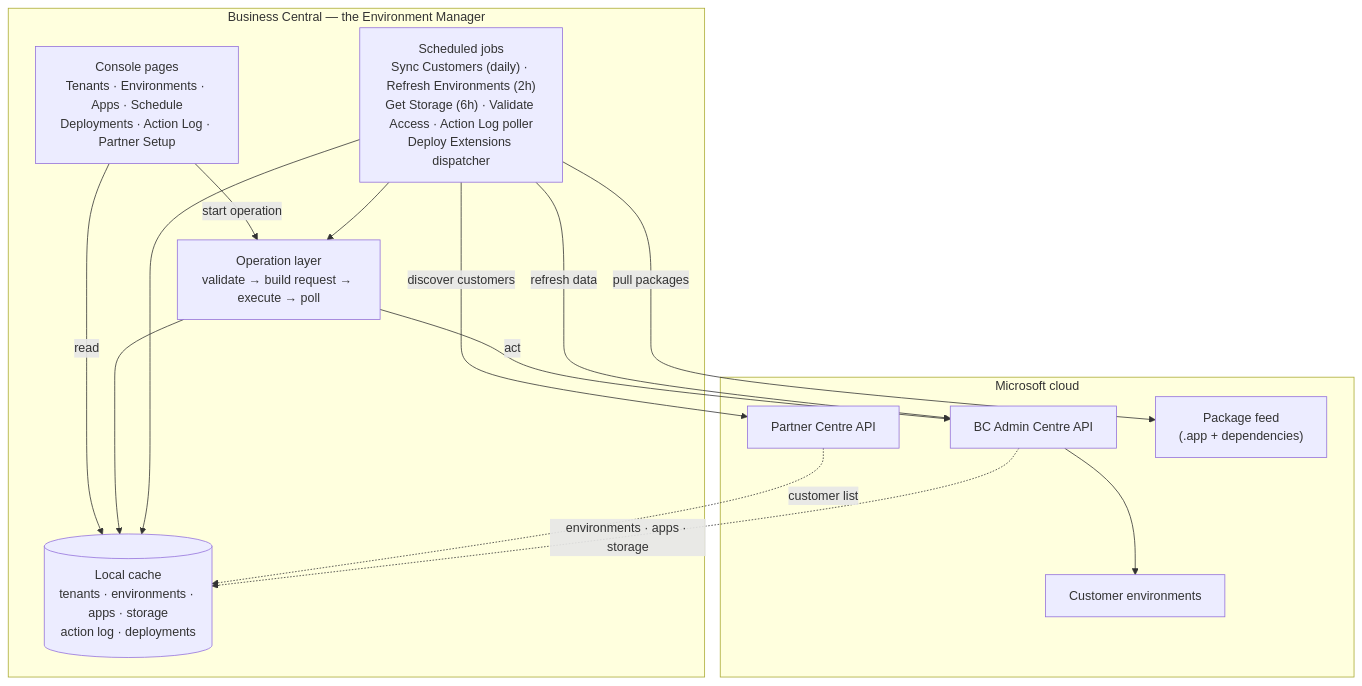
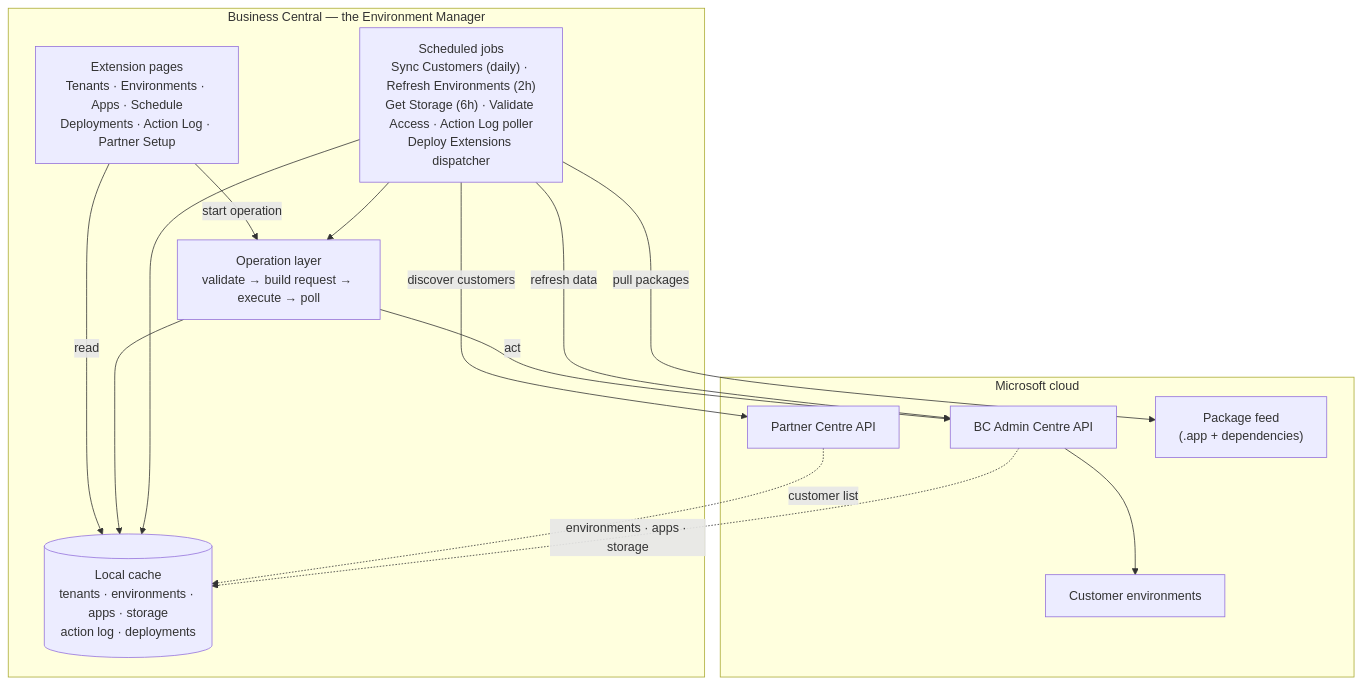
The first of 2 diagrams in _posts/2026-09-02-managing-business-central-environments-at-scale.md (LewisHyett/lewishyett.github.io), drawn with Mermaid before and after one commit. The commit also changed other lines of this file, not shown here.

````diff
--- a/_posts/2026-09-02-managing-business-central-environments-at-scale.md
+++ b/_posts/2026-09-02-managing-business-central-environments-at-scale.md
@@ -62,29 +138,29 @@
 ```mermaid
 flowchart TB
     subgraph BC["Business Central — the Environment Manager"]
-        UI["Console pages<br/>Tenants · Environments · Apps · Schedule<br/>Deployments · Action Log · Partner Setup"]
+        UI["Extension pages<br/>Tenants · Environments · Apps · Schedule<br/>Deployments · Action Log · Partner Setup"]
         OPS["Operation layer<br/>validate → build request → execute → poll"]
         CACHE[("Local cache<br/>tenants · environments · apps · storage<br/>action log · deployments")]
         JOBS["Scheduled jobs<br/>Sync Customers (daily) · Refresh Environments (2h)<br/>Get Storage (6h) · Validate Access · Action Log poller<br/>Deploy Extensions dispatcher"]
     end
 
     subgraph MS["Microsoft cloud"]
         PC["Partner Centre API"]
         AC["BC Admin Centre API"]
         FEED["Package feed<br/>(.app + dependencies)"]
         ENV["Customer environments"]
     end
 
     UI -->|read| CACHE
     UI -->|start operation| OPS
     OPS --> CACHE
     OPS -->|act| AC
     JOBS --> OPS
     JOBS -->|discover customers| PC
     JOBS -->|refresh data| AC
     JOBS -->|pull packages| FEED
     JOBS --> CACHE
     PC -.->|customer list| CACHE
     AC -.->|environments · apps · storage| CACHE
     AC --> ENV
 ```
````
